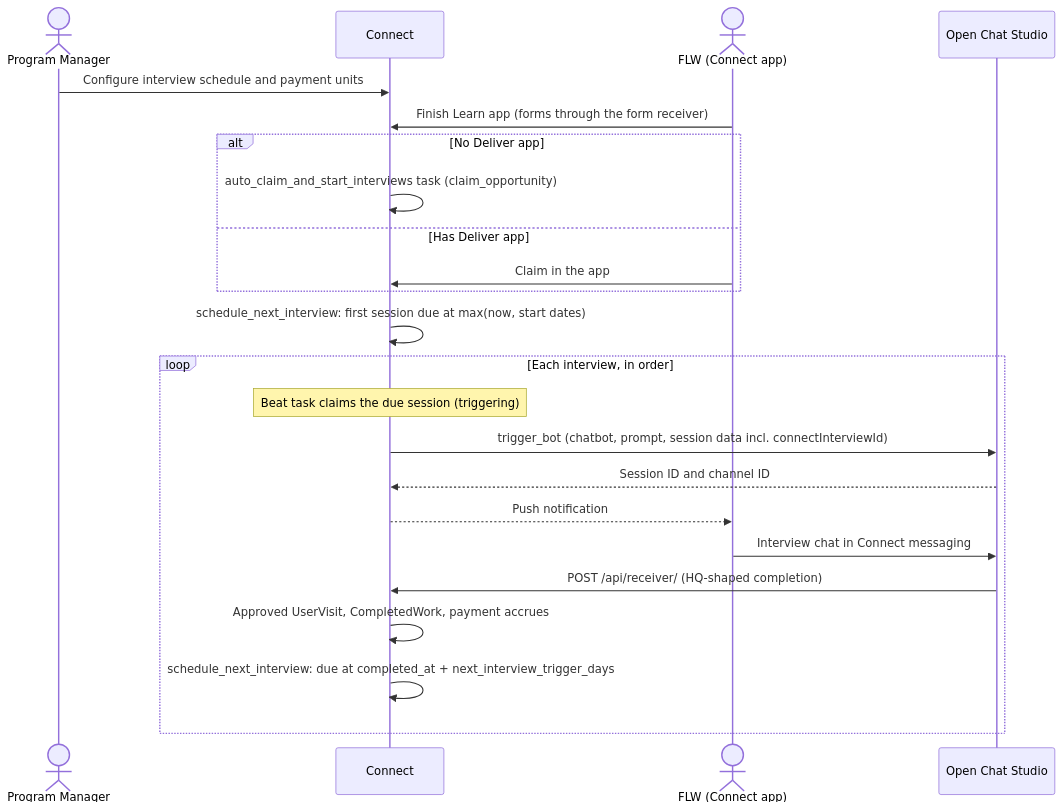
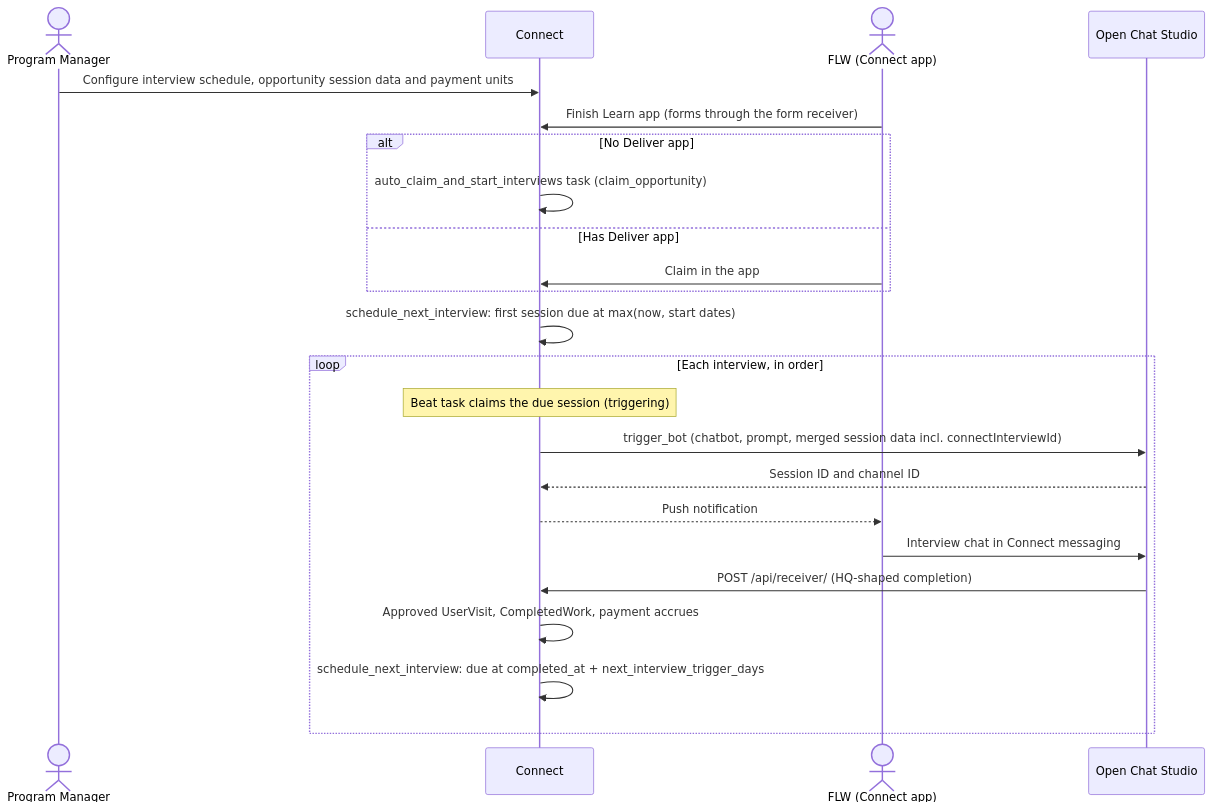
One commit to dimagi/commcare-connect changed the diagram in outputs/CCCT-2861-spec-doc.md. Above: the diagram before and after it, drawn with Mermaid. The commit also changed other lines of this file, not shown here.

First line of the commit message:
Add Opportunity.interview_session_data to spec

````diff
--- a/outputs/CCCT-2861-spec-doc.md
+++ b/outputs/CCCT-2861-spec-doc.md
@@ -43,26 +43,26 @@
 ```mermaid
 sequenceDiagram
     actor PM as Program Manager
     participant C as Connect
     actor FLW as FLW (Connect app)
     participant OCS as Open Chat Studio
 
-    PM->>C: Configure interview schedule and payment units
+    PM->>C: Configure interview schedule, opportunity session data and payment units
     FLW->>C: Finish Learn app (forms through the form receiver)
     alt No Deliver app
         C->>C: auto_claim_and_start_interviews task (claim_opportunity)
     else Has Deliver app
         FLW->>C: Claim in the app
     end
     C->>C: schedule_next_interview: first session due at max(now, start dates)
     loop Each interview, in order
         Note over C: Beat task claims the due session (triggering)
-        C->>OCS: trigger_bot (chatbot, prompt, session data incl. connectInterviewId)
+        C->>OCS: trigger_bot (chatbot, prompt, merged session data incl. connectInterviewId)
         OCS-->>C: Session ID and channel ID
         C-->>FLW: Push notification
         FLW->>OCS: Interview chat in Connect messaging
         OCS->>C: POST /api/receiver/ (HQ-shaped completion)
         C->>C: Approved UserVisit, CompletedWork, payment accrues
         C->>C: schedule_next_interview: due at completed_at + next_interview_trigger_days
     end
 ```
````
